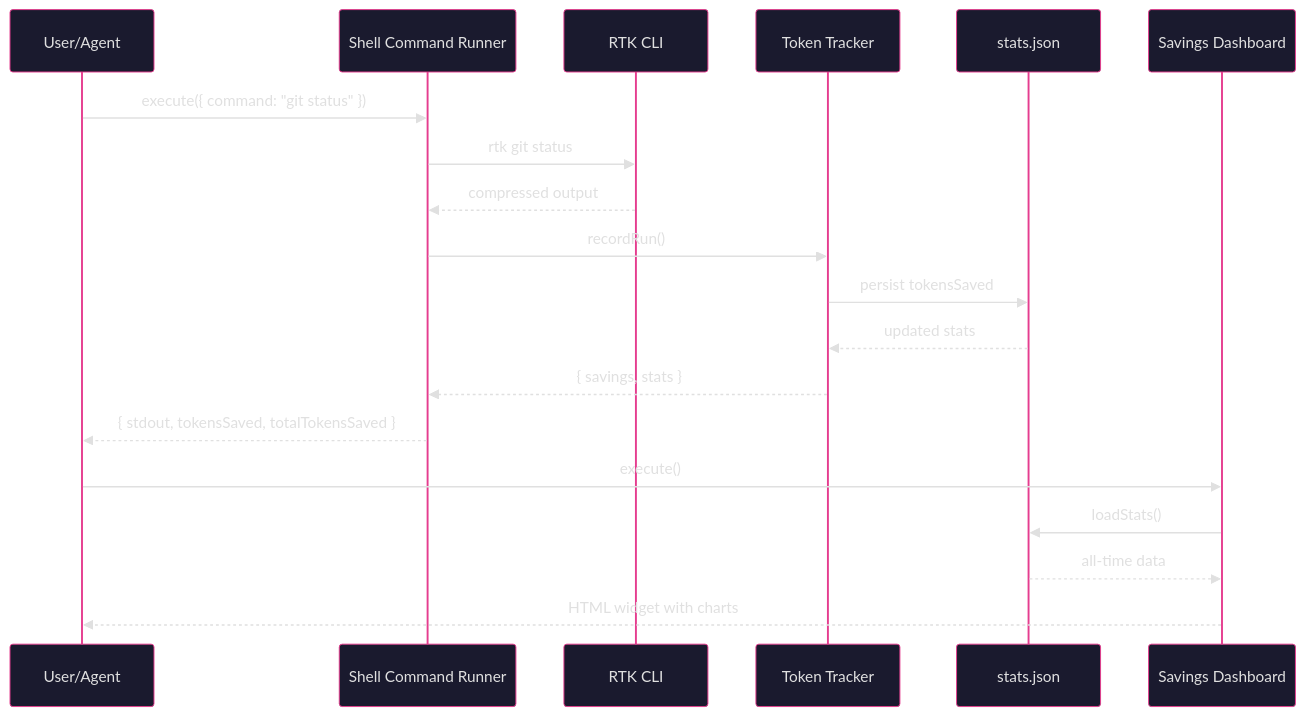
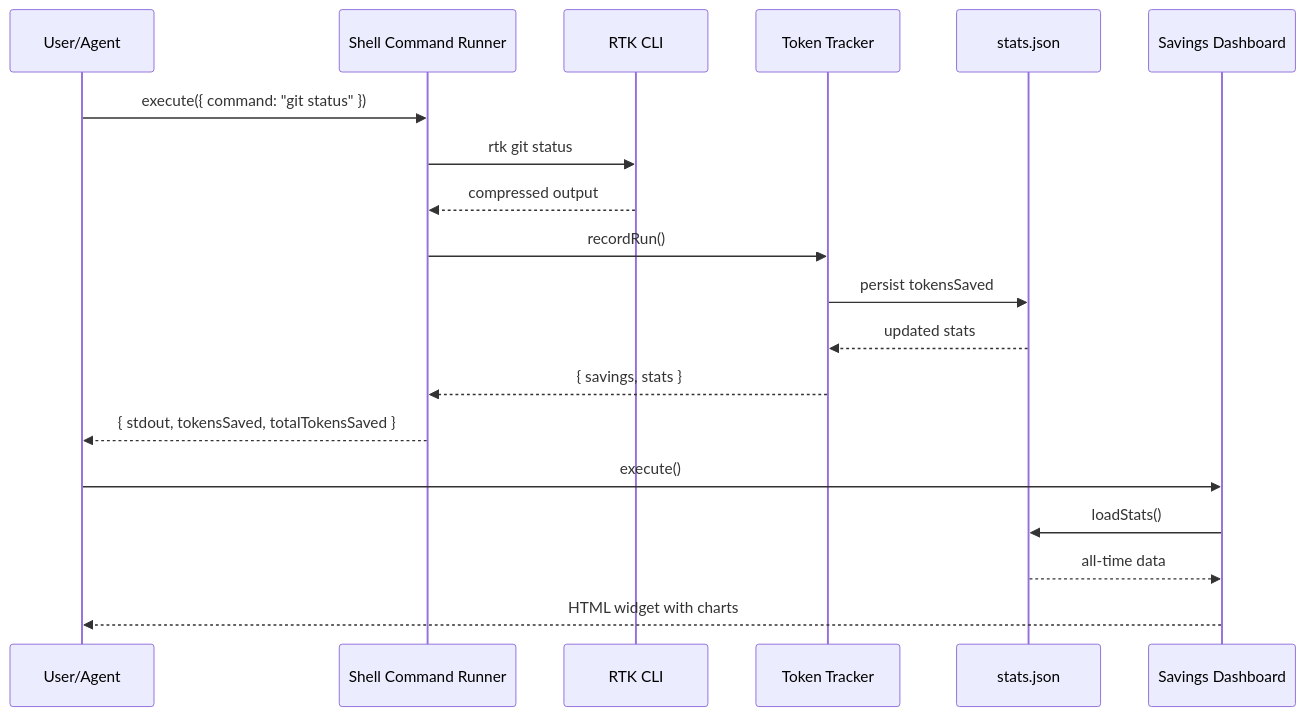
The second of 2 diagrams in README.md (unRekable/rtk-agnt-integration), drawn with Mermaid before and after one commit. The commit also changed other lines of this file, not shown here.

Commit message:
fix: revert mermaid to working light theme

````diff
--- a/README.md
+++ b/README.md
@@ -56,24 +39,23 @@
 ```mermaid
-%%{init: {'theme': 'base', 'themeVariables': { 'primaryColor': '#1a1a2e', 'primaryTextColor': '#e0e0e0', 'primaryBorderColor': '#e53d8f', 'lineColor': '#12e0ff', 'secondaryColor': '#16213e', 'background': '#1a1a2e'}}}%%
 sequenceDiagram
     participant User as User/Agent
     participant Runner as Shell Command Runner
     participant RTK as RTK CLI
     participant Tracker as Token Tracker
     participant Stats as stats.json
     participant Dash as Savings Dashboard
 
     User->>Runner: execute({ command: "git status" })
     Runner->>RTK: rtk git status
     RTK-->>Runner: compressed output
     Runner->>Tracker: recordRun()
     Tracker->>Stats: persist tokensSaved
     Stats-->>Tracker: updated stats
     Tracker-->>Runner: { savings, stats }
     Runner-->>User: { stdout, tokensSaved, totalTokensSaved }
 
     User->>Dash: execute()
     Dash->>Stats: loadStats()
     Stats-->>Dash: all-time data
     Dash-->>User: HTML widget with charts
 ```
````
